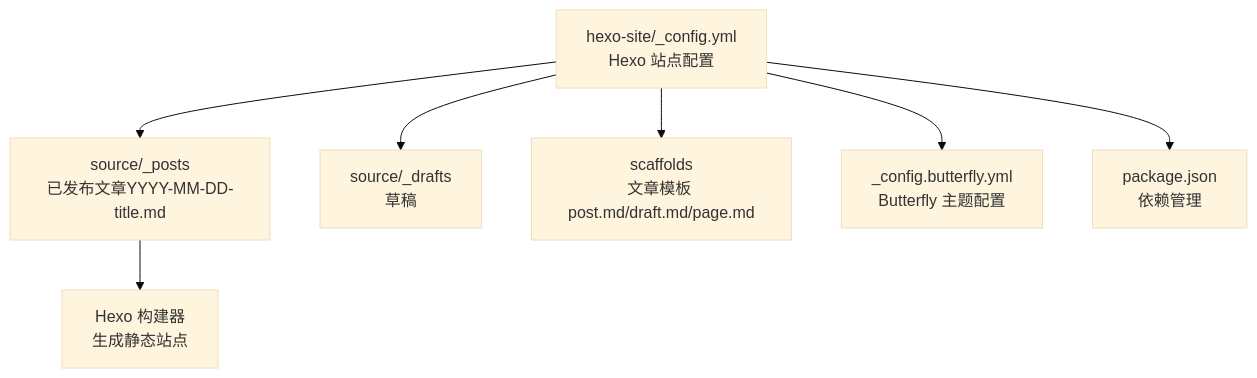
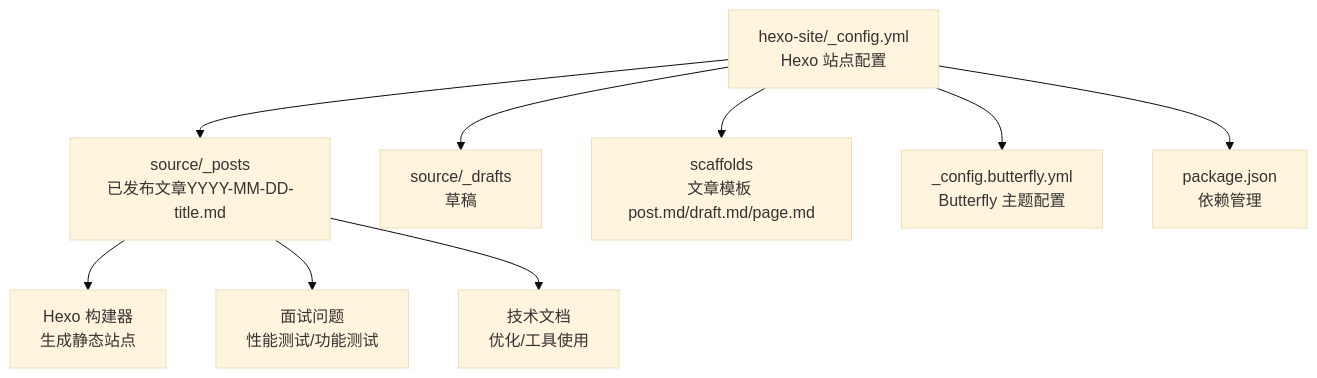
One commit to CoolPig0720/CoolPig0720.github.io changed the first of 3 diagrams in .qoder/repowiki/zh/content/内容管理系统/博客文章管理.md. Above: the diagram before and after it, drawn with Mermaid (base theme). The commit also changed other lines of this file and 13 other files, not shown here.

````diff
--- a/.qoder/repowiki/zh/content/内容管理系统/博客文章管理.md
+++ b/.qoder/repowiki/zh/content/内容管理系统/博客文章管理.md
@@ -42,9 +45,11 @@
 ```mermaid
 graph TB
 A["hexo-site/_config.yml<br/>Hexo 站点配置"] --> B["source/_posts<br/>已发布文章YYYY-MM-DD-title.md"]
 A --> C["source/_drafts<br/>草稿"]
 A --> D["scaffolds<br/>文章模板 post.md/draft.md/page.md"]
 A --> E["_config.butterfly.yml<br/>Butterfly 主题配置"]
 A --> F["package.json<br/>依赖管理"]
 B --> G["Hexo 构建器<br/>生成静态站点"]
+B --> H["面试问题<br/>性能测试/功能测试"]
+B --> I["技术文档<br/>优化/工具使用"]
 ```
````
